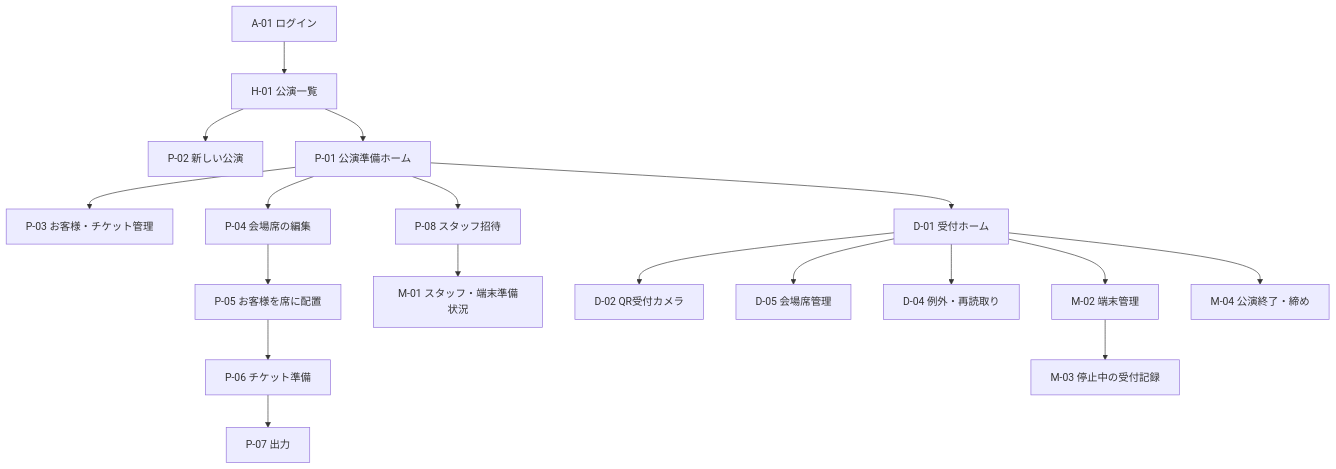
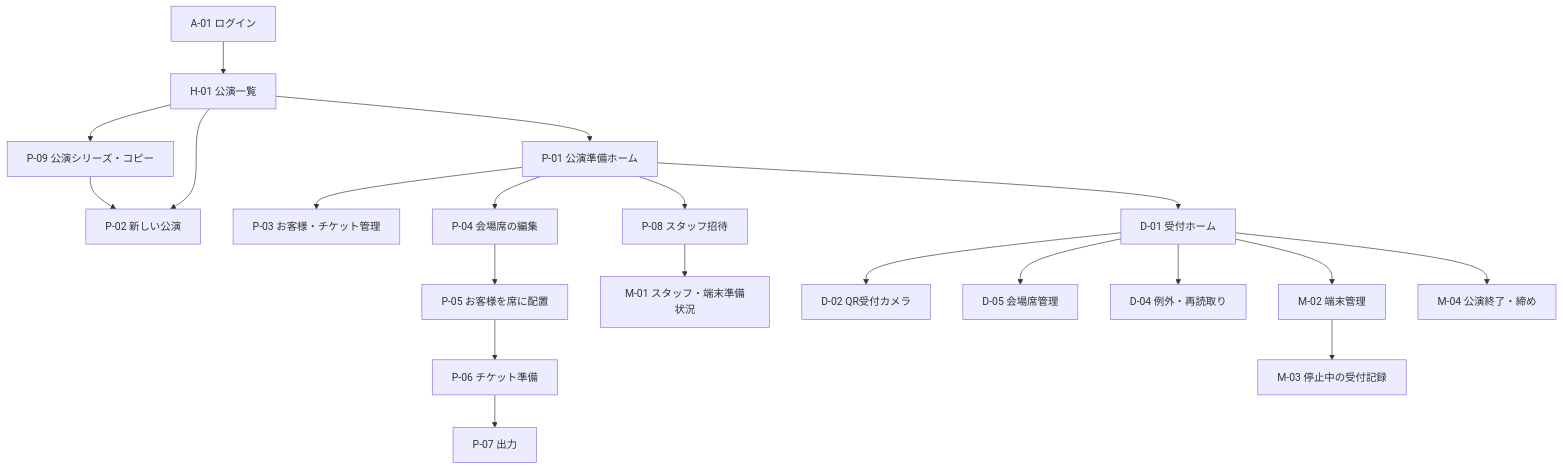
The first of 2 diagrams in docs/development/screen-flow-wireframe-design.md (EU0207/concert-reception-system), drawn with Mermaid before and after one commit. The commit also changed other lines of this file and 12 other files, not shown here.

````diff
--- a/docs/development/screen-flow-wireframe-design.md
+++ b/docs/development/screen-flow-wireframe-design.md
@@ -136,20 +137,22 @@
 ```mermaid
 flowchart TD
     Login[A-01 ログイン] --> Home[H-01 公演一覧]
+    Home --> Series[P-09 公演シリーズ・コピー]
+    Series --> New
     Home --> New[P-02 新しい公演]
     Home --> Prep[P-01 公演準備ホーム]
     Prep --> Guests[P-03 お客様・チケット管理]
     Prep --> SeatEdit[P-04 会場席の編集]
     SeatEdit --> Allocate[P-05 お客様を席に配置]
     Allocate --> Ticket[P-06 チケット準備]
     Ticket --> Output[P-07 出力]
     Prep --> Staff[P-08 スタッフ招待]
     Staff --> Devices[M-01 スタッフ・端末準備状況]
     Prep --> Day[D-01 受付ホーム]
     Day --> Camera[D-02 QR受付カメラ]
     Day --> Seat[D-05 会場席管理]
     Day --> Exception[D-04 例外・再読取り]
     Day --> DeviceAdmin[M-02 端末管理]
     DeviceAdmin --> Quarantine[M-03 停止中の受付記録]
     Day --> Close[M-04 公演終了・締め]
 ```
````
